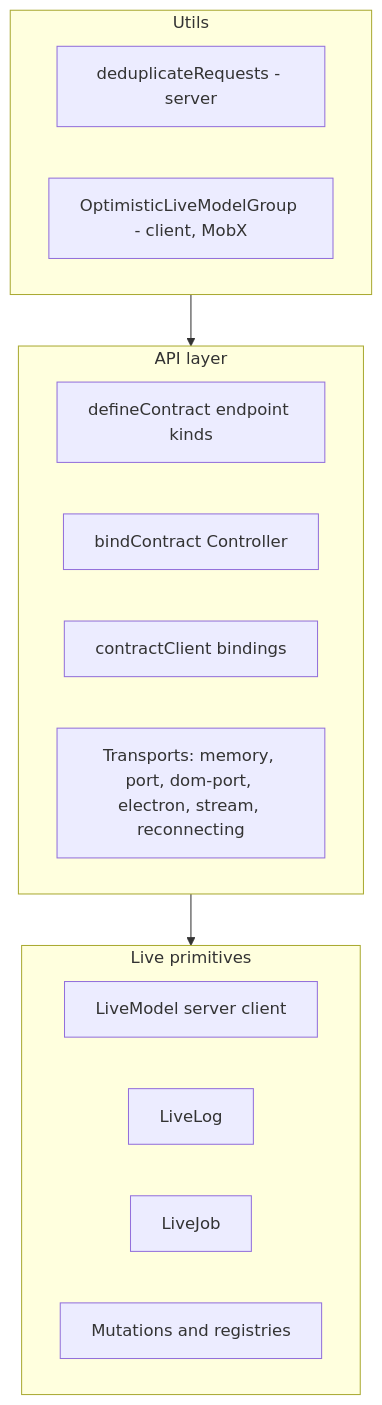
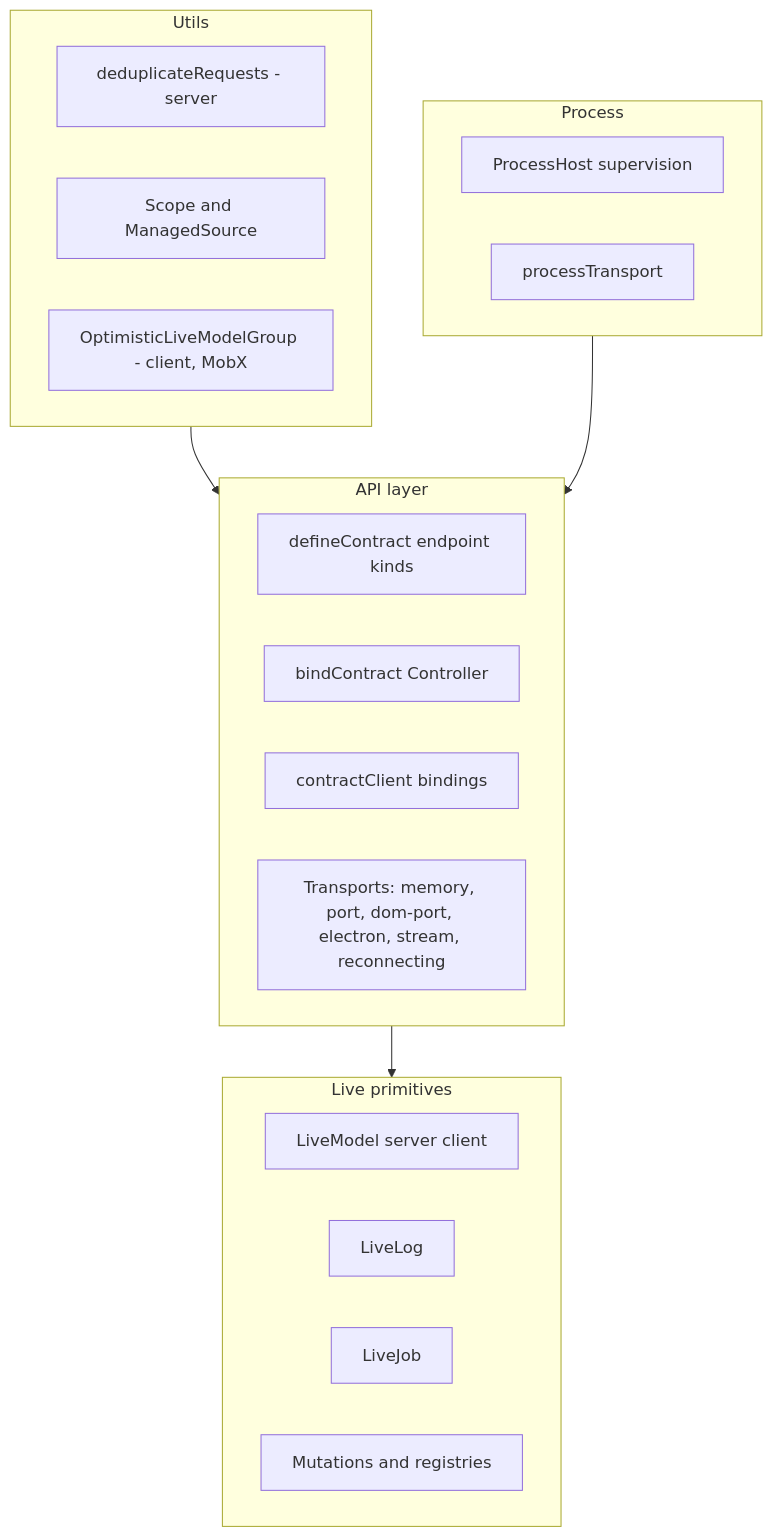
One commit to luisKisters/emdash changed the diagram in packages/wire/docs/README.md. Above: the diagram before and after it, drawn with Mermaid. The commit also changed other lines of this file and 28 other files, not shown here.

````diff
--- a/packages/wire/docs/README.md
+++ b/packages/wire/docs/README.md
@@ -9,20 +9,26 @@
 ```mermaid
 flowchart TB
   subgraph utils [Utils]
     dedupe[deduplicateRequests - server]
+    scope[Scope and ManagedSource]
     optimistic[OptimisticLiveModelGroup - client, MobX]
+  end
+  subgraph process [Process]
+    processHost[ProcessHost supervision]
+    processTransport[processTransport]
   end
   subgraph api [API layer]
     contracts[defineContract endpoint kinds]
     bind[bindContract Controller]
     client[contractClient bindings]
     transports[Transports: memory, port, dom-port, electron, stream, reconnecting]
   end
   subgraph live [Live primitives]
     model[LiveModel server client]
     log[LiveLog]
     job[LiveJob]
     mutations[Mutations and registries]
   end
   utils --> api --> live
+  process --> api
 ```
````
